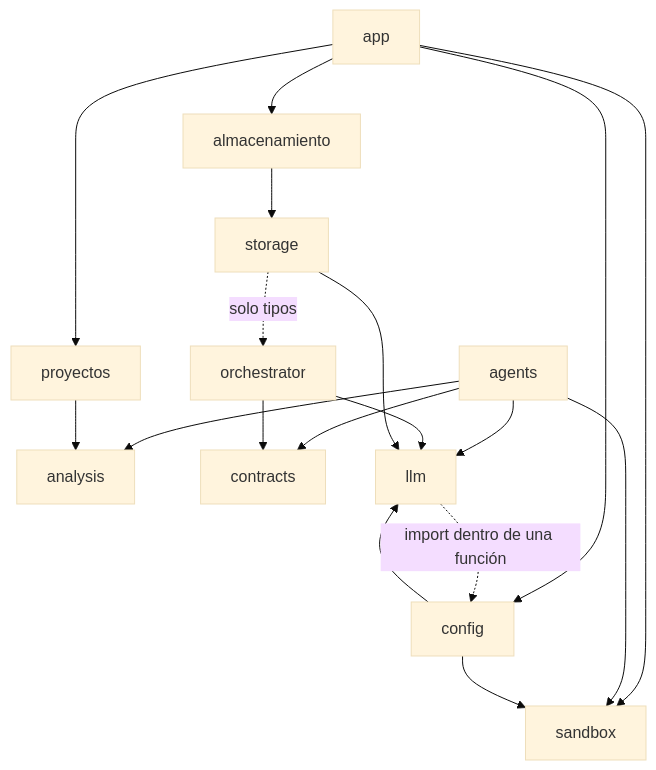
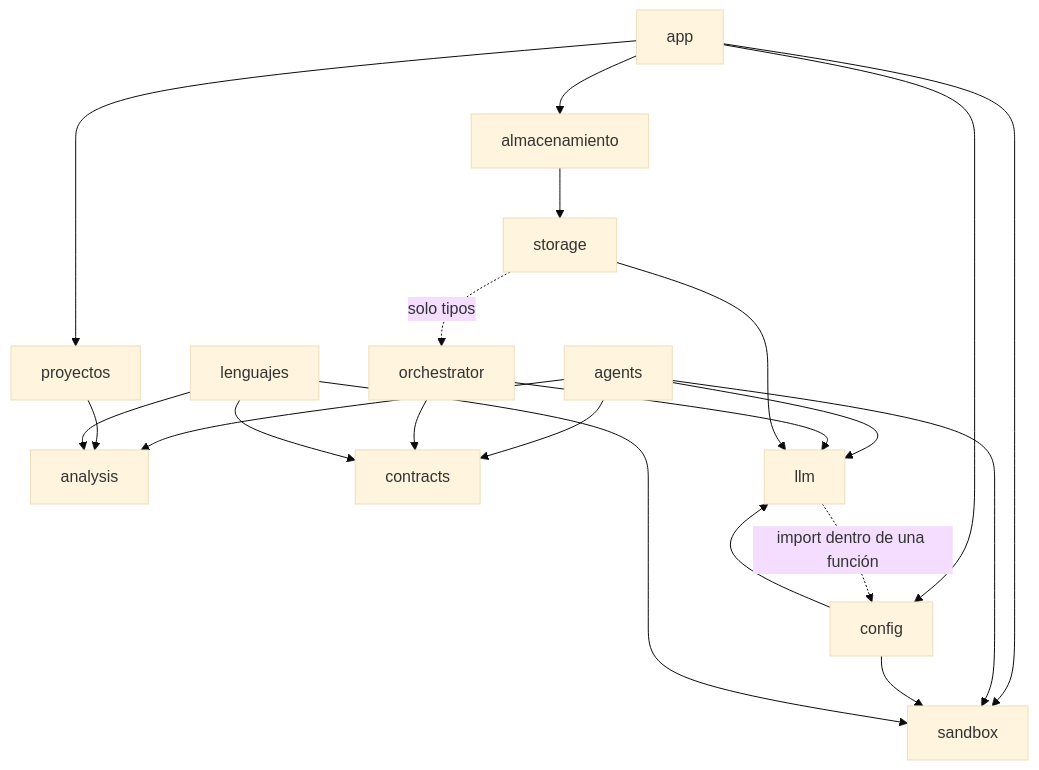
Before and after one commit to AngelOncoy/QAgent: the fifth of 11 diagrams in docs/arquitectura.md, drawn with Mermaid (base theme). The commit also changed other lines of this file and 4 other files, not shown here.

First line of the commit message:
docs(EN-17): ADR-007, guía de adaptadores y diagrama de componentes

````diff
--- a/docs/arquitectura.md
+++ b/docs/arquitectura.md
@@ -338,12 +352,13 @@
 ```mermaid
 flowchart TB
     app --> almacenamiento & config & proyectos & sandbox
     agents --> analysis & contracts & llm & sandbox
     orchestrator --> contracts & llm
     almacenamiento --> storage
     storage --> llm
     storage -. "solo tipos" .-> orchestrator
     proyectos --> analysis
     config --> llm & sandbox
     llm -. "import dentro de una función" .-> config
+    lenguajes --> analysis & contracts & sandbox
 ```
````
